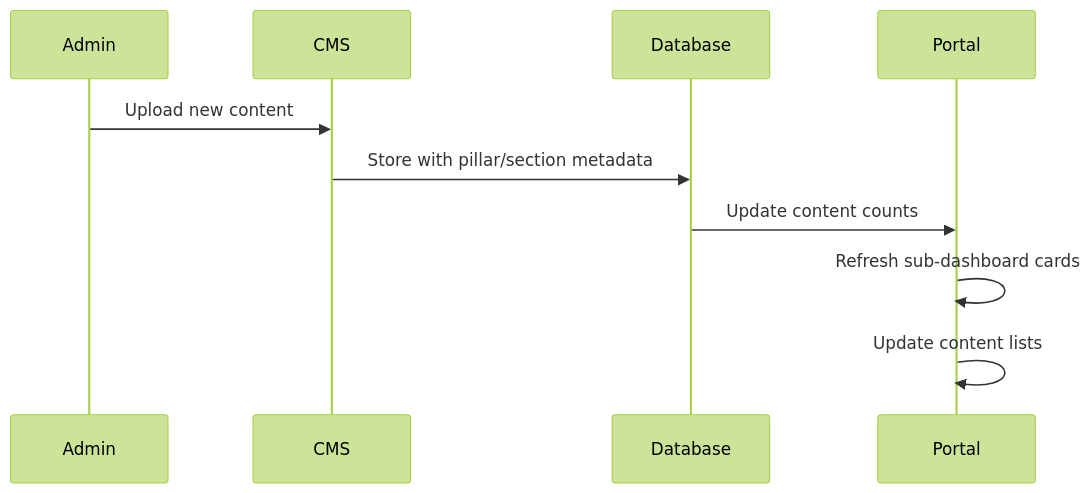
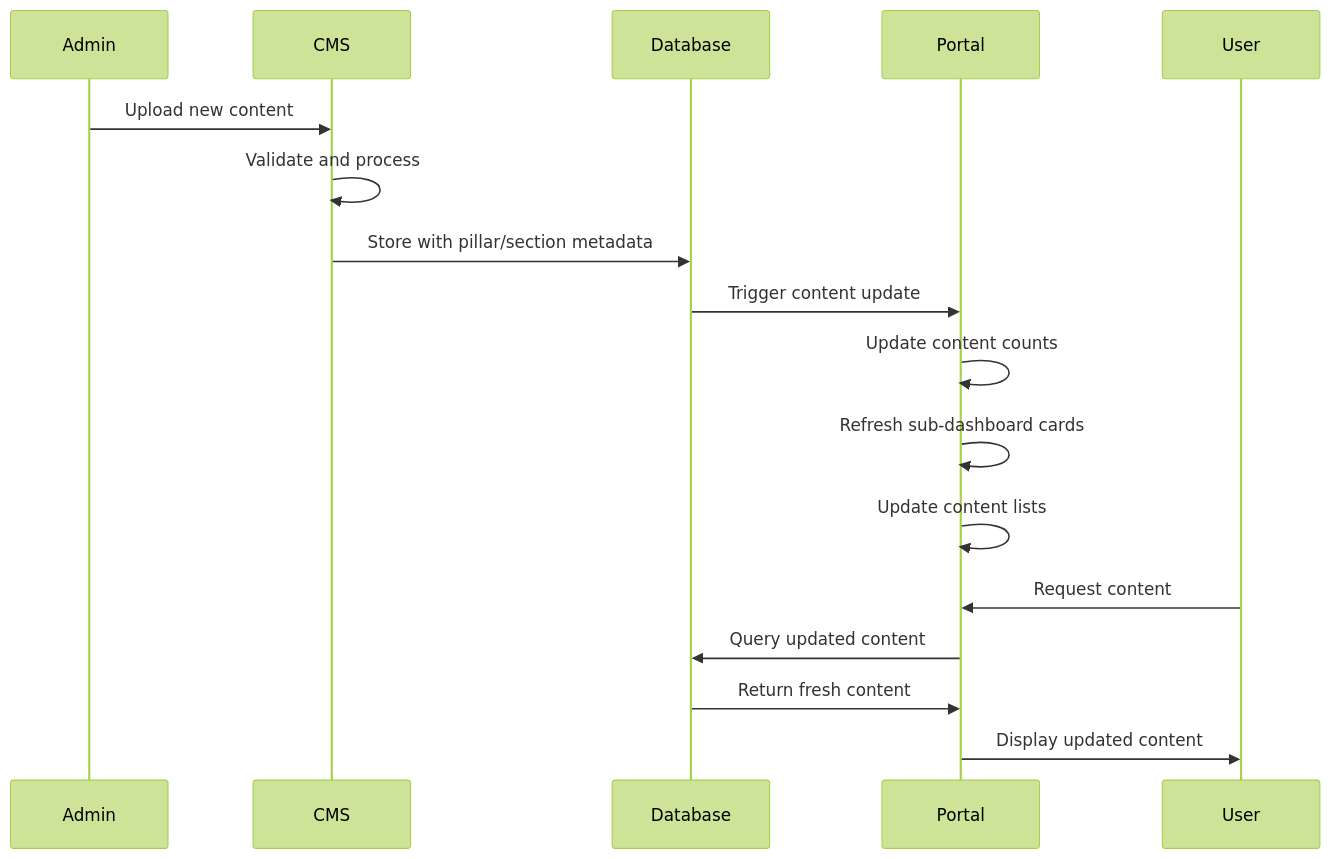
One commit to Justy6674/DSWebsite_next.js changed diagram 15 of 31 in docs/patient-portal-mobile-first-redesign-prd.md. Above: the diagram before and after it, drawn with Mermaid (forest theme). The commit also changed other lines of this file, not shown here.

First line of the commit message:
fix: Complete Patient Portal PRD with comprehensive mermaid diagrams

````diff
--- a/docs/patient-portal-mobile-first-redesign-prd.md
+++ b/docs/patient-portal-mobile-first-redesign-prd.md
@@ -431,13 +462,20 @@
 ```mermaid
 sequenceDiagram
     participant Admin
     participant CMS
     participant Database
     participant Portal
+    participant User
 
     Admin->>CMS: Upload new content
+    CMS->>CMS: Validate and process
     CMS->>Database: Store with pillar/section metadata
-    Database->>Portal: Update content counts
+    Database->>Portal: Trigger content update
+    Portal->>Portal: Update content counts
     Portal->>Portal: Refresh sub-dashboard cards
     Portal->>Portal: Update content lists
+    User->>Portal: Request content
+    Portal->>Database: Query updated content
+    Database->>Portal: Return fresh content
+    Portal->>User: Display updated content
 ```
````
